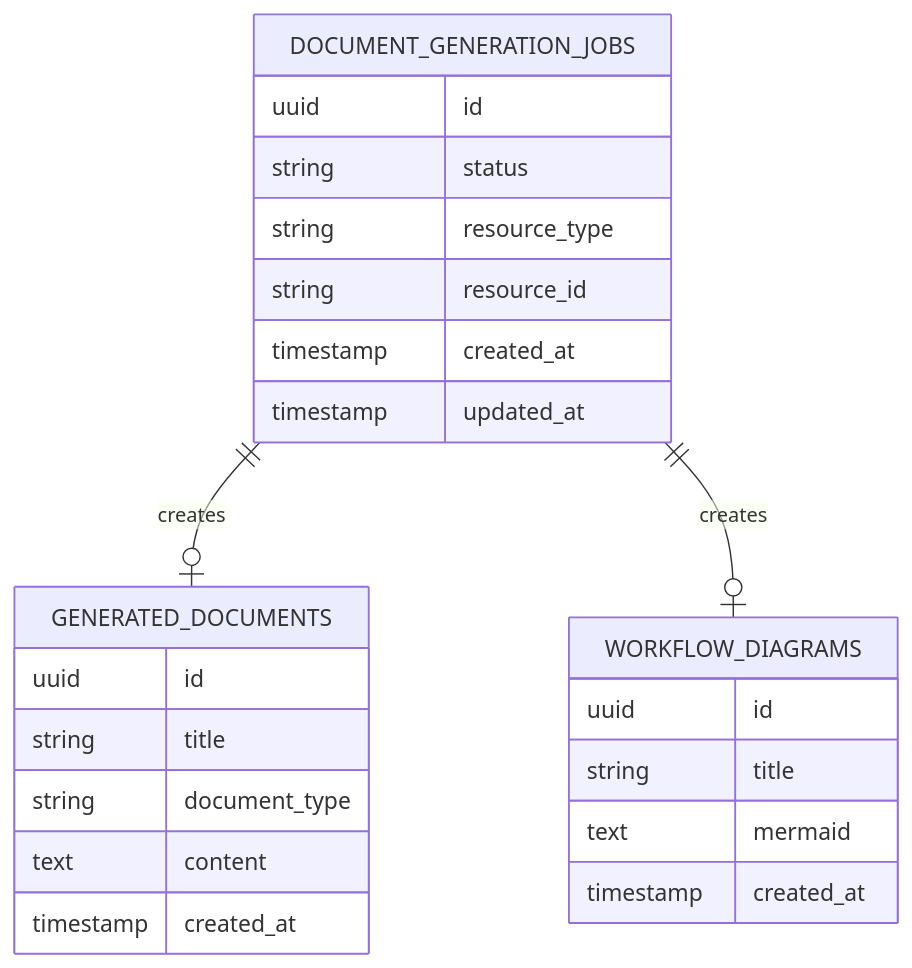
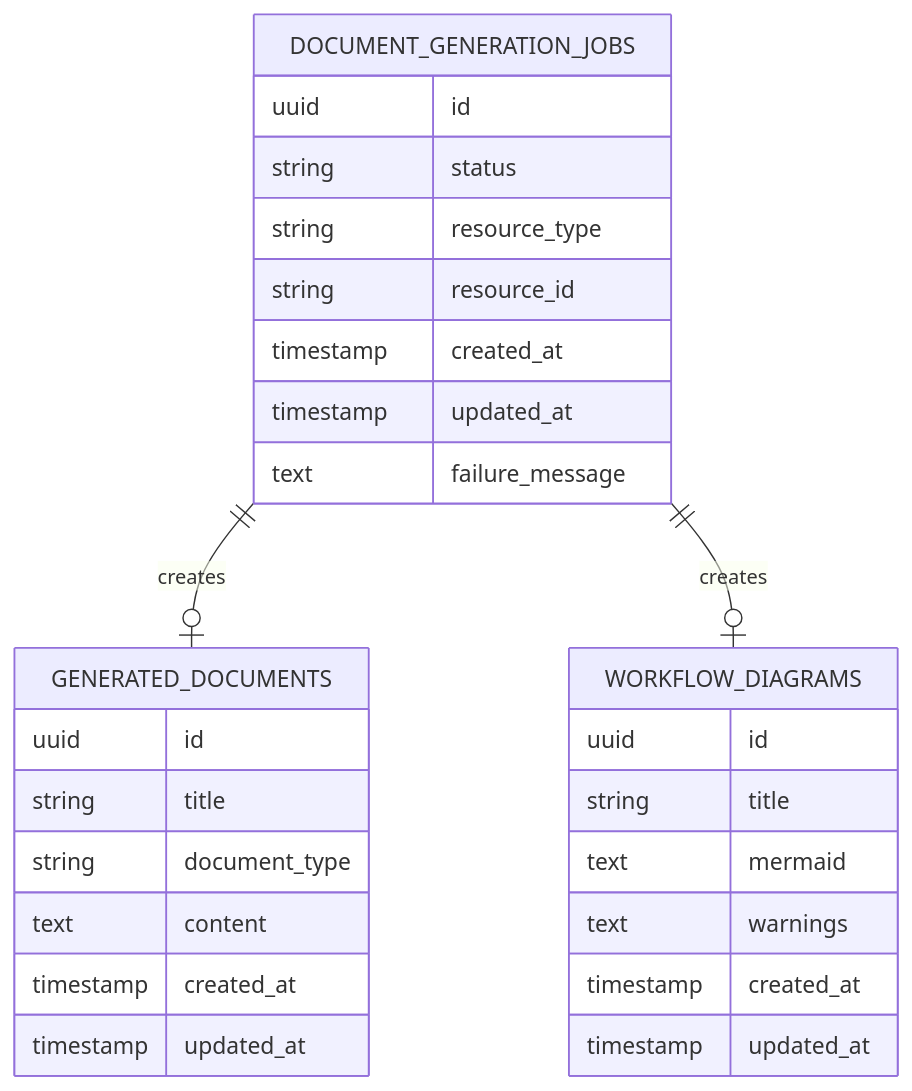
The fourth of 4 diagrams in docs/architecture.md (Deepudk04/flowforge-ai), drawn with Mermaid before and after one commit. The commit also changed other lines of this file and 27 other files, not shown here.

````diff
--- a/docs/architecture.md
+++ b/docs/architecture.md
@@ -54,29 +57,33 @@
 ```mermaid
 erDiagram
     DOCUMENT_GENERATION_JOBS ||--o| GENERATED_DOCUMENTS : creates
     DOCUMENT_GENERATION_JOBS ||--o| WORKFLOW_DIAGRAMS : creates
 
     DOCUMENT_GENERATION_JOBS {
         uuid id
         string status
         string resource_type
         string resource_id
         timestamp created_at
         timestamp updated_at
+        text failure_message
     }
 
     GENERATED_DOCUMENTS {
         uuid id
         string title
         string document_type
         text content
         timestamp created_at
+        timestamp updated_at
     }
 
     WORKFLOW_DIAGRAMS {
         uuid id
         string title
         text mermaid
+        text warnings
         timestamp created_at
+        timestamp updated_at
     }
 ```
````
